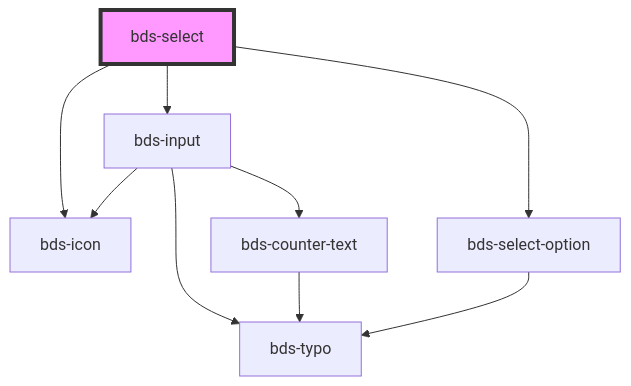
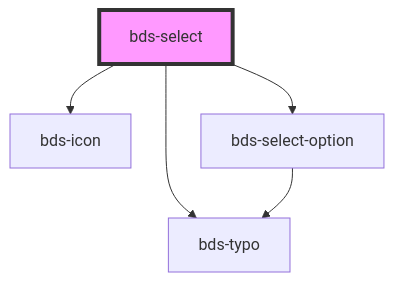
The diagram in src/components/selects/select/readme.md (takenet/blip-ds), drawn with Mermaid before and after one commit. The commit also changed other lines of this file and 5 other files, not shown here.

Commit message:
fix(select): uncapsulate input from select

````diff
--- a/src/components/selects/select/readme.md
+++ b/src/components/selects/select/readme.md
@@ -42,12 +52,8 @@
 ```mermaid
 graph TD;
-  bds-select --> bds-input
   bds-select --> bds-icon
+  bds-select --> bds-typo
   bds-select --> bds-select-option
-  bds-input --> bds-icon
-  bds-input --> bds-typo
-  bds-input --> bds-counter-text
-  bds-counter-text --> bds-typo
   bds-select-option --> bds-typo
   style bds-select fill:#f9f,stroke:#333,stroke-width:4px
 ```
````
